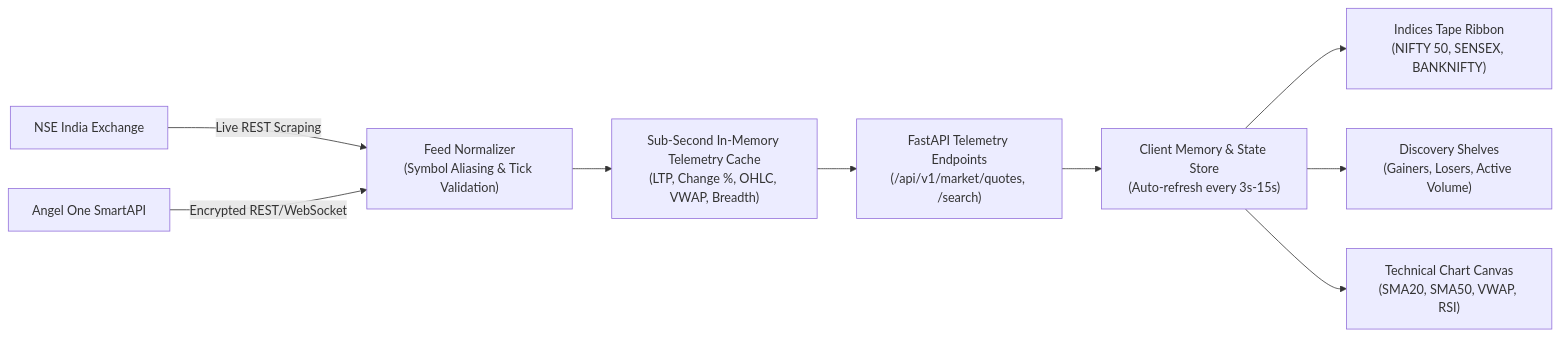
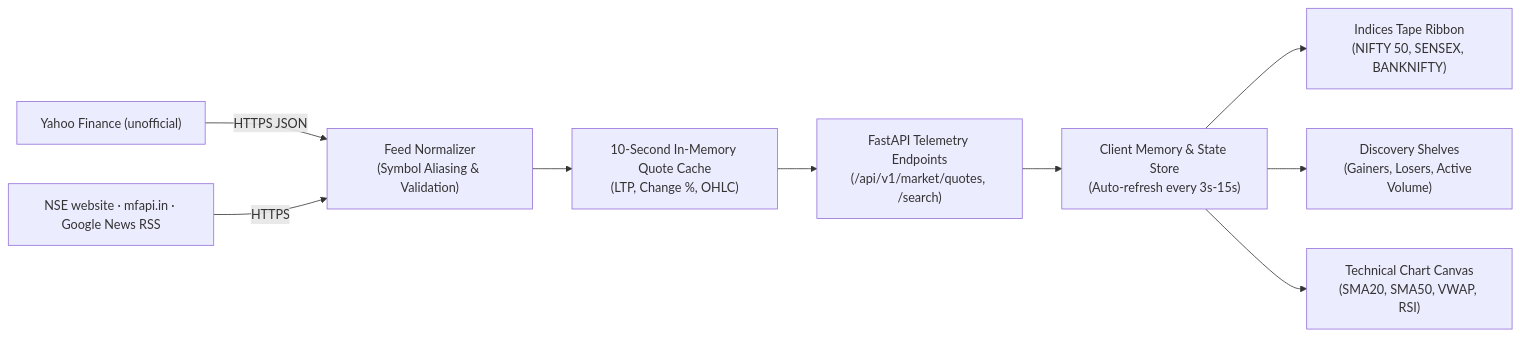
One commit to Krishpotanwar/MarketLens changed the second of 4 diagrams in README.md. Above: the diagram before and after it, drawn with Mermaid. The commit also changed other lines of this file and 59 other files, not shown here.

First line of the commit message:
fix: honest data, one fee schedule, hardened API, real-user tests

````diff
--- a/README.md
+++ b/README.md
@@ -91,15 +91,15 @@
 ```mermaid
 flowchart LR
-    NSE["NSE India Exchange"] -->|Live REST Scraping| Ingest["Feed Normalizer\n(Symbol Aliasing & Tick Validation)"]
-    Broker["Angel One SmartAPI"] -->|Encrypted REST/WebSocket| Ingest
+    Yahoo["Yahoo Finance (unofficial)"] -->|HTTPS JSON| Ingest["Feed Normalizer\n(Symbol Aliasing & Validation)"]
+    Other["NSE website · mfapi.in · Google News RSS"] -->|HTTPS| Ingest
     
-    Ingest --> MemCache["Sub-Second In-Memory Telemetry Cache\n(LTP, Change %, OHLC, VWAP, Breadth)"]
+    Ingest --> MemCache["10-Second In-Memory Quote Cache\n(LTP, Change %, OHLC)"]
     
     MemCache --> REST["FastAPI Telemetry Endpoints\n(/api/v1/market/quotes, /search)"]
     
     REST --> ClientCache["Client Memory & State Store\n(Auto-refresh every 3s-15s)"]
     
     ClientCache --> UI_Tape["Indices Tape Ribbon\n(NIFTY 50, SENSEX, BANKNIFTY)"]
     ClientCache --> UI_Shelves["Discovery Shelves\n(Gainers, Losers, Active Volume)"]
     ClientCache --> UI_Charts["Technical Chart Canvas\n(SMA20, SMA50, VWAP, RSI)"]
 ```
````
